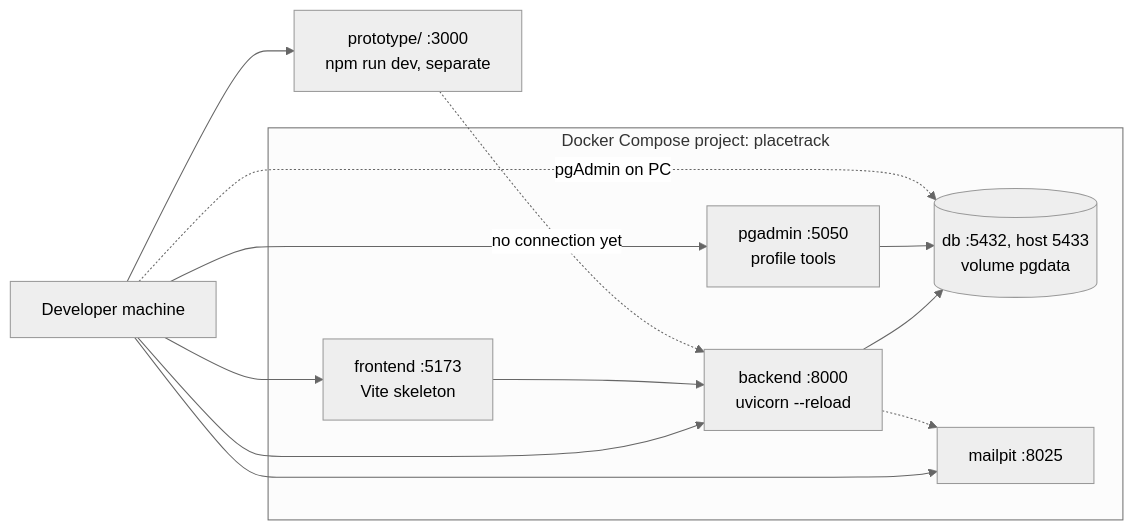
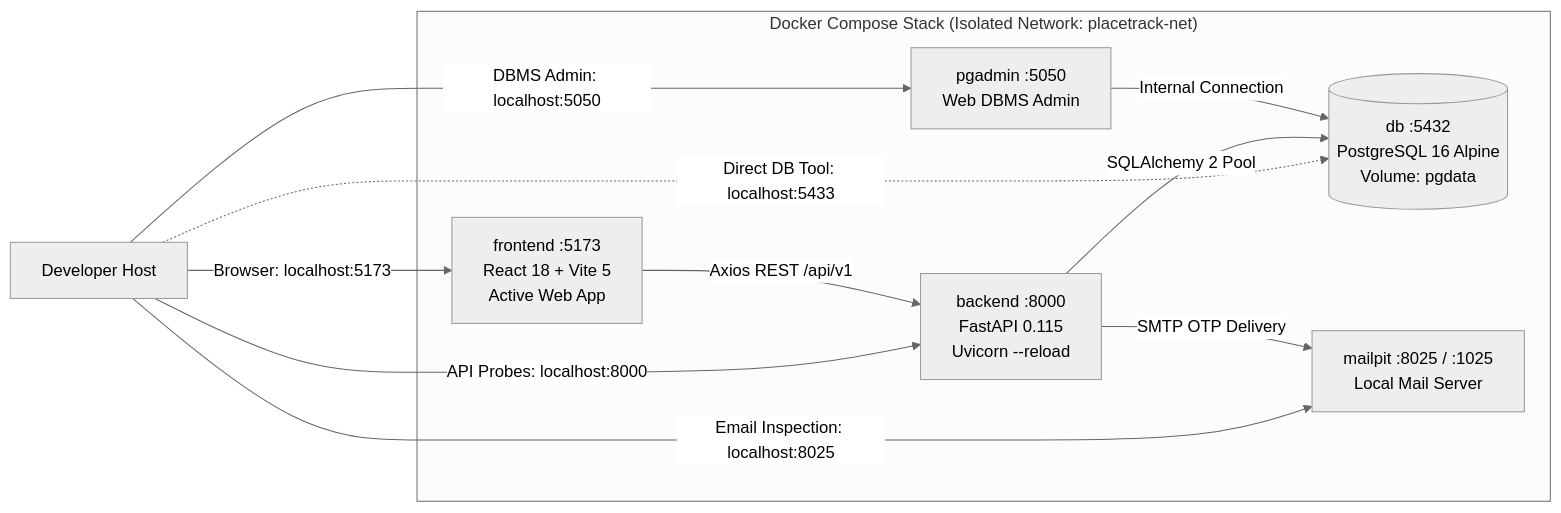
The diagram in docs/DEPLOYMENT.md (IshanWankhede/PlaceTrack), drawn with Mermaid (neutral theme) before and after one commit. The commit also changed other lines of this file and 19 other files, not shown here.

````diff
--- a/docs/DEPLOYMENT.md
+++ b/docs/DEPLOYMENT.md
@@ -68,23 +110,23 @@
 ```mermaid
 flowchart LR
-    DEV[Developer machine]
-    subgraph DOCKER["Docker Compose project: placetrack"]
-        DBc[("db :5432, host 5433<br/>volume pgdata")]
-        MP[mailpit :8025]
-        BE[backend :8000<br/>uvicorn --reload]
-        FE[frontend :5173<br/>Vite skeleton]
-        PA[pgadmin :5050<br/>profile tools]
+    HOST[Developer Host]
+    
+    subgraph DOCKER["Docker Compose Stack (Isolated Network: placetrack-net)"]
+        FE[frontend :5173<br/>React 18 + Vite 5<br/>Active Web App]
+        BE[backend :8000<br/>FastAPI 0.115<br/>Uvicorn --reload]
+        DB[("db :5432<br/>PostgreSQL 16 Alpine<br/>Volume: pgdata")]
+        MP[mailpit :8025 / :1025<br/>Local Mail Server]
+        PA[pgadmin :5050<br/>Web DBMS Admin]
     end
-    PRO[prototype/ :3000<br/>npm run dev, separate]
-    DEV --> FE
-    DEV --> BE
-    DEV --> MP
-    DEV --> PA
-    DEV --> PRO
-    FE --> BE
-    BE --> DBc
-    BE -.-> MP
-    PA --> DBc
-    DEV -. "pgAdmin on PC" .-> DBc
-    PRO -. "no connection yet" .-> BE
+
+    HOST -->|Browser: localhost:5173| FE
+    HOST -->|API Probes: localhost:8000| BE
+    HOST -->|Email Inspection: localhost:8025| MP
+    HOST -->|DBMS Admin: localhost:5050| PA
+    HOST -.->|Direct DB Tool: localhost:5433| DB
+
+    FE -->|Axios REST /api/v1| BE
+    BE -->|SQLAlchemy 2 Pool| DB
+    BE -->|SMTP OTP Delivery| MP
+    PA -->|Internal Connection| DB
 ```
````
